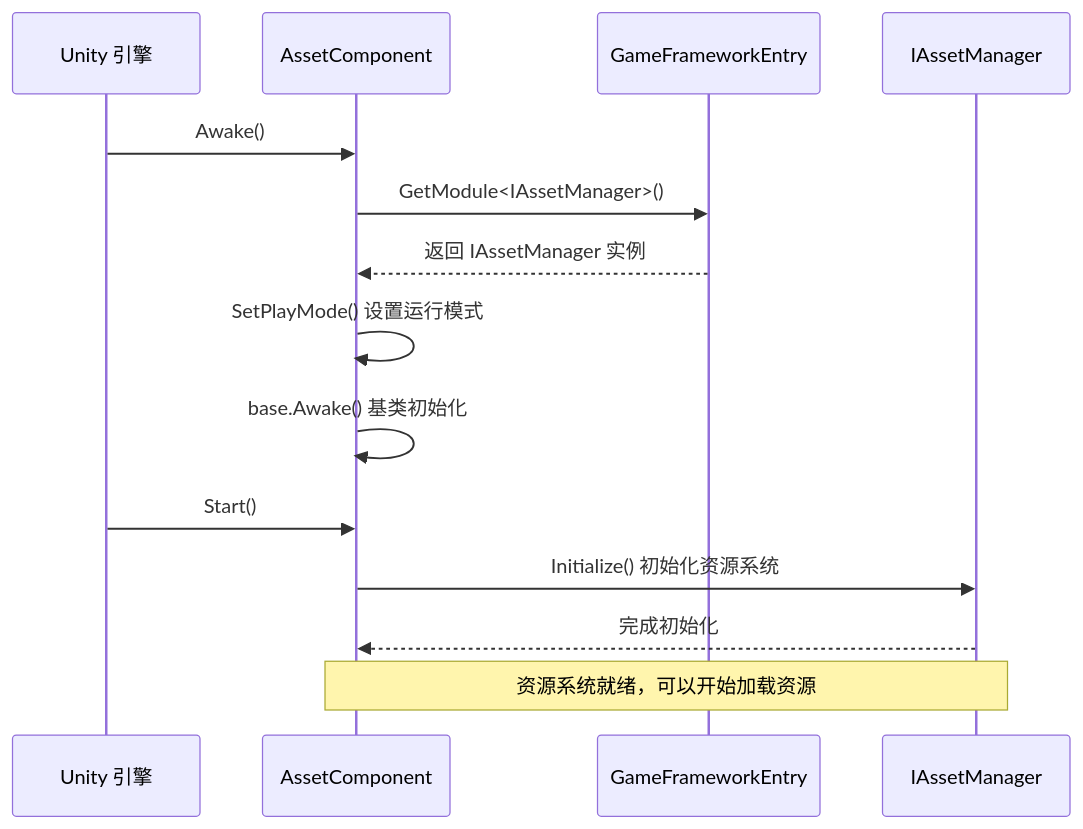
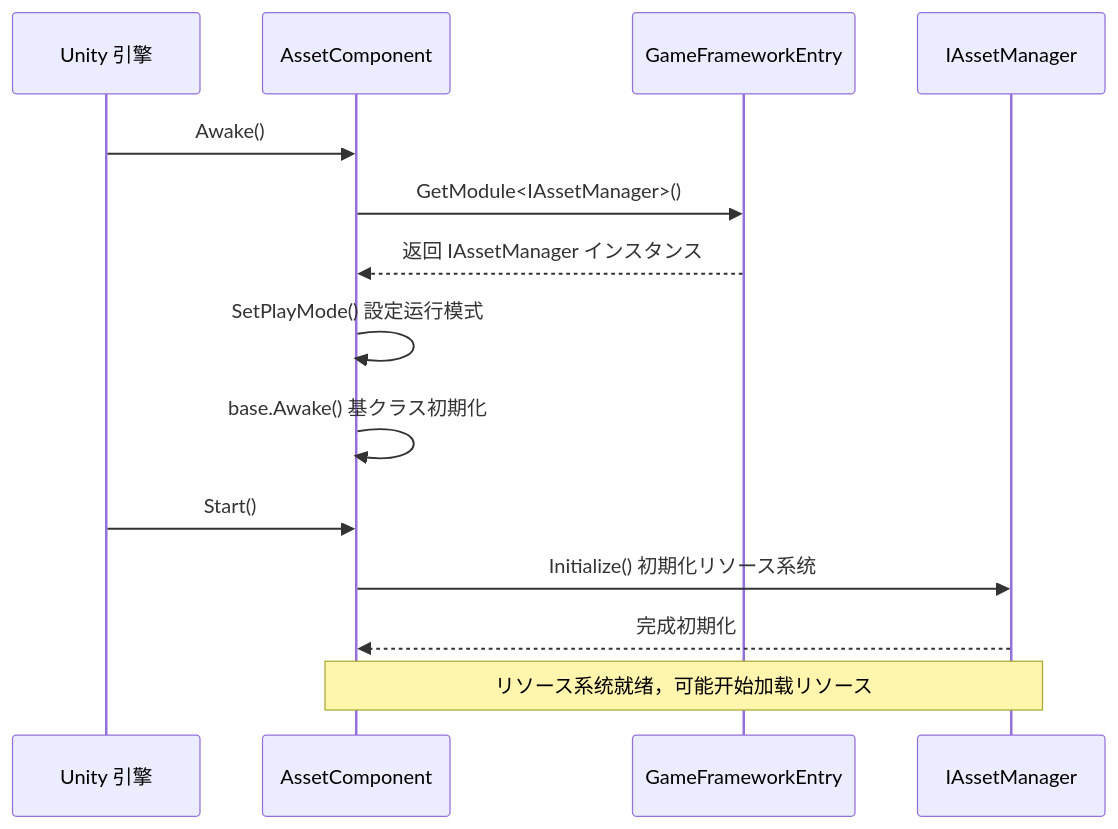
The second of 4 diagrams in docs/ja/client/unity/component/asset/09.asset-component.md (AlianBlank/GameFrameX.Docs), drawn with Mermaid before and after one commit. The commit also changed other lines of this file and 603 other files, not shown here.

````diff
--- a/docs/ja/client/unity/component/asset/09.asset-component.md
+++ b/docs/ja/client/unity/component/asset/09.asset-component.md
@@ -173,19 +173,19 @@
 ```mermaid
 sequenceDiagram
     participant Unity as Unity 引擎
     participant AC as AssetComponent
     participant GF as GameFrameworkEntry
     participant IAM as IAssetManager
 
     Unity->>AC: Awake()
     AC->>GF: GetModule<IAssetManager>()
-    GF-->>AC: 返回 IAssetManager 实例
-    AC->>AC: SetPlayMode() 设置运行模式
-    AC->>AC: base.Awake() 基类初始化
+    GF-->>AC: 返回 IAssetManager インスタンス
+    AC->>AC: SetPlayMode() 設定运行模式
+    AC->>AC: base.Awake() 基クラス初期化
 
     Unity->>AC: Start()
-    AC->>IAM: Initialize() 初始化资源系统
-    IAM-->>AC: 完成初始化
+    AC->>IAM: Initialize() 初期化リソース系统
+    IAM-->>AC: 完成初期化
 
-    Note over AC,IAM: 资源系统就绪，可以开始加载资源
+    Note over AC,IAM: リソース系统就绪，可能开始加载リソース
 ```
````
